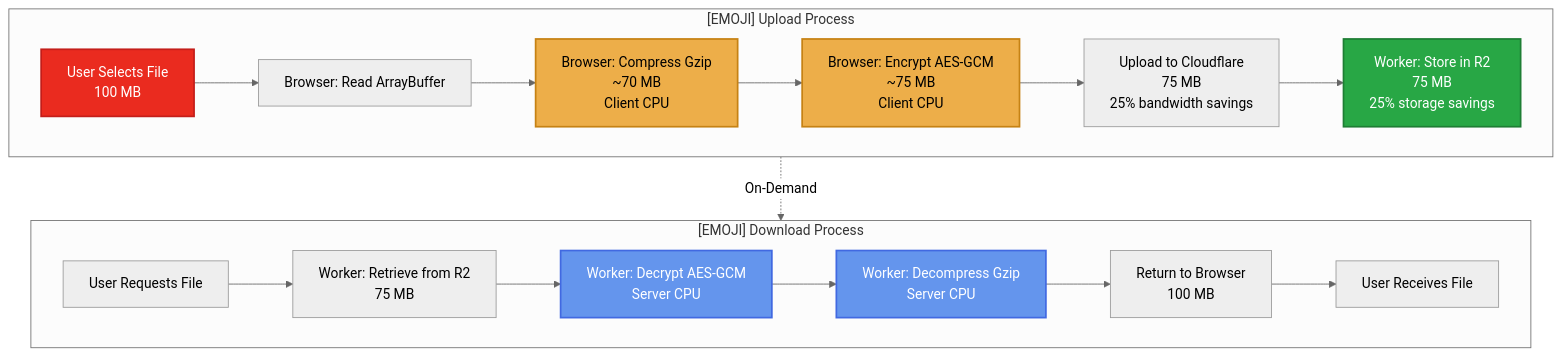
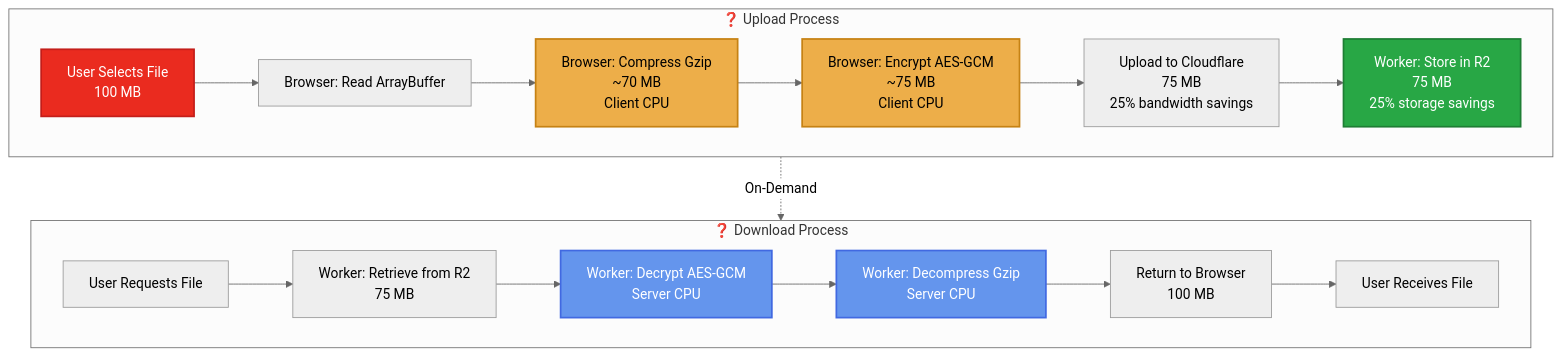
The second of 2 diagrams in docs/STORAGE_OPTIMIZATION_PROPOSAL.md (Underwood-Inc/strixun-stream-suite), drawn with Mermaid (neutral theme) before and after one commit. The commit also changed other lines of this file and 483 other files, not shown here.

````diff
--- a/docs/STORAGE_OPTIMIZATION_PROPOSAL.md
+++ b/docs/STORAGE_OPTIMIZATION_PROPOSAL.md
@@ -54,27 +54,27 @@
 ```mermaid
 flowchart TB
-    subgraph Upload["[EMOJI] Upload Process"]
+    subgraph Upload["❓ Upload Process"]
         A[User Selects File<br/>100 MB] --> B[Browser: Read ArrayBuffer]
         B --> C[Browser: Compress Gzip<br/>~70 MB<br/>Client CPU]
         C --> D[Browser: Encrypt AES-GCM<br/>~75 MB<br/>Client CPU]
         D --> E[Upload to Cloudflare<br/>75 MB<br/>25% bandwidth savings]
         E --> F[Worker: Store in R2<br/>75 MB<br/>25% storage savings]
     end
     
-    subgraph Download["[EMOJI] Download Process"]
+    subgraph Download["❓ Download Process"]
         G[User Requests File] --> H[Worker: Retrieve from R2<br/>75 MB]
         H --> I[Worker: Decrypt AES-GCM<br/>Server CPU]
         I --> J[Worker: Decompress Gzip<br/>Server CPU]
         J --> K[Return to Browser<br/>100 MB]
         K --> L[User Receives File]
     end
     
     Upload -.->|On-Demand| Download
     
     style A fill:#ea2b1f,stroke:#c41e1a,stroke-width:2px,color:#fff
     style C fill:#edae49,stroke:#c68214,stroke-width:2px,color:#000
     style D fill:#edae49,stroke:#c68214,stroke-width:2px,color:#000
     style F fill:#28a745,stroke:#1e7e34,stroke-width:2px,color:#fff
     style I fill:#6495ed,stroke:#4169e1,stroke-width:2px,color:#fff
     style J fill:#6495ed,stroke:#4169e1,stroke-width:2px,color:#fff
 ```
````
